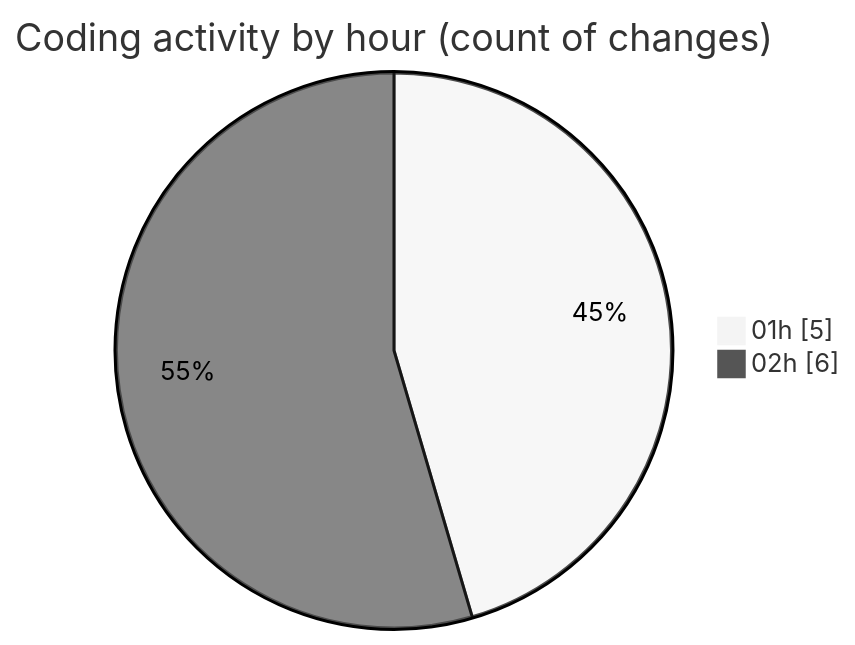
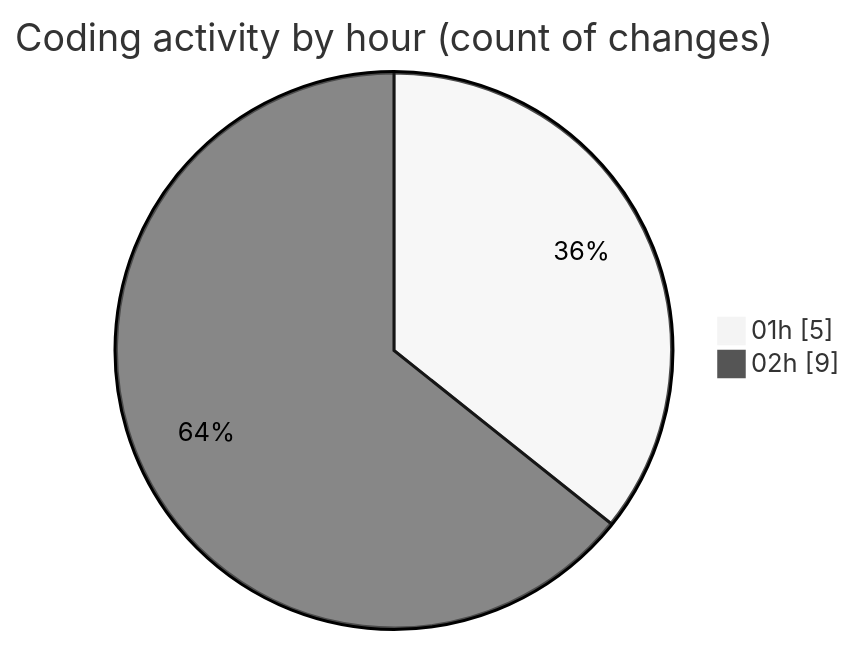
The second of 2 diagrams in 2025-10-23/eventscop-frontend-guide__workspace_/README.md (julien-gomy/code-tracking), drawn with Mermaid (neutral theme) before and after one commit. The commit also changed other lines of this file and 1 other file, not shown here.

````diff
--- a/2025-10-23/eventscop-frontend-guide__workspace_/README.md
+++ b/2025-10-23/eventscop-frontend-guide__workspace_/README.md
@@ -32,6 +34,6 @@
 ```mermaid
 pie showData
 title Coding activity by hour (count of changes)
 "01h" : 5
-"02h" : 6
+"02h" : 9
 ```
````
